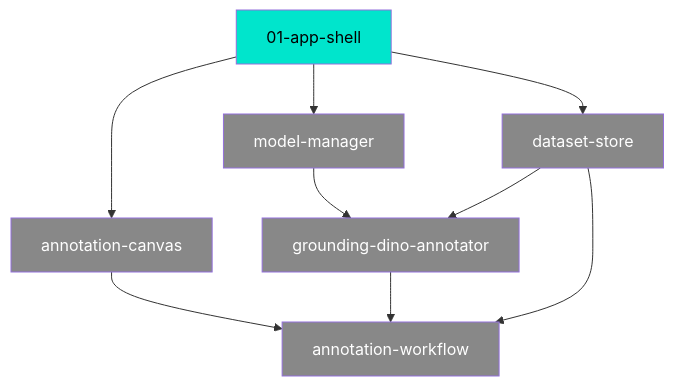
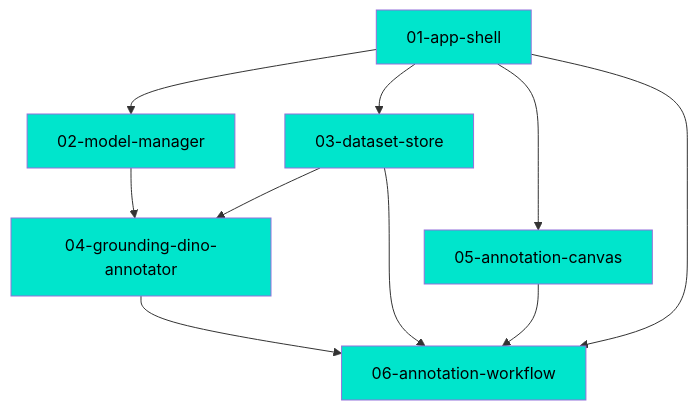
The diagram in .mdd/connections.md (JanderHungrige/DinoTraining), drawn with Mermaid before and after one commit. The commit also changed other lines of this file and 17 other files, not shown here.

First line of the commit message:
feat(annotation-workflow): folder, prompt, review, save — Wave 1 complete

````diff
--- a/.mdd/connections.md
+++ b/.mdd/connections.md
@@ -37,21 +30,24 @@
 ```mermaid
 graph TD
   shell["01-app-shell"]:::complete
-  models["model-manager"]:::draft
-  store["dataset-store"]:::draft
-  annot["grounding-dino-annotator"]:::draft
-  canvas["annotation-canvas"]:::draft
-  flow["annotation-workflow"]:::draft
+  models["02-model-manager"]:::complete
+  store["03-dataset-store"]:::complete
+  annot["04-grounding-dino-annotator"]:::complete
+  canvas["05-annotation-canvas"]:::complete
+  flow["06-annotation-workflow"]:::complete
 
   shell --> models
   shell --> store
   shell --> canvas
+  shell --> flow
   models --> annot
   store --> annot
+  store --> flow
+  annot --> flow
   canvas --> flow
-  annot --> flow
-  store --> flow
 
   classDef complete fill:#00e5cc,color:#000
+  classDef in_progress fill:#ffaa00,color:#000
   classDef draft fill:#888,color:#fff
+  classDef deprecated fill:#555,color:#aaa
 ```
````
